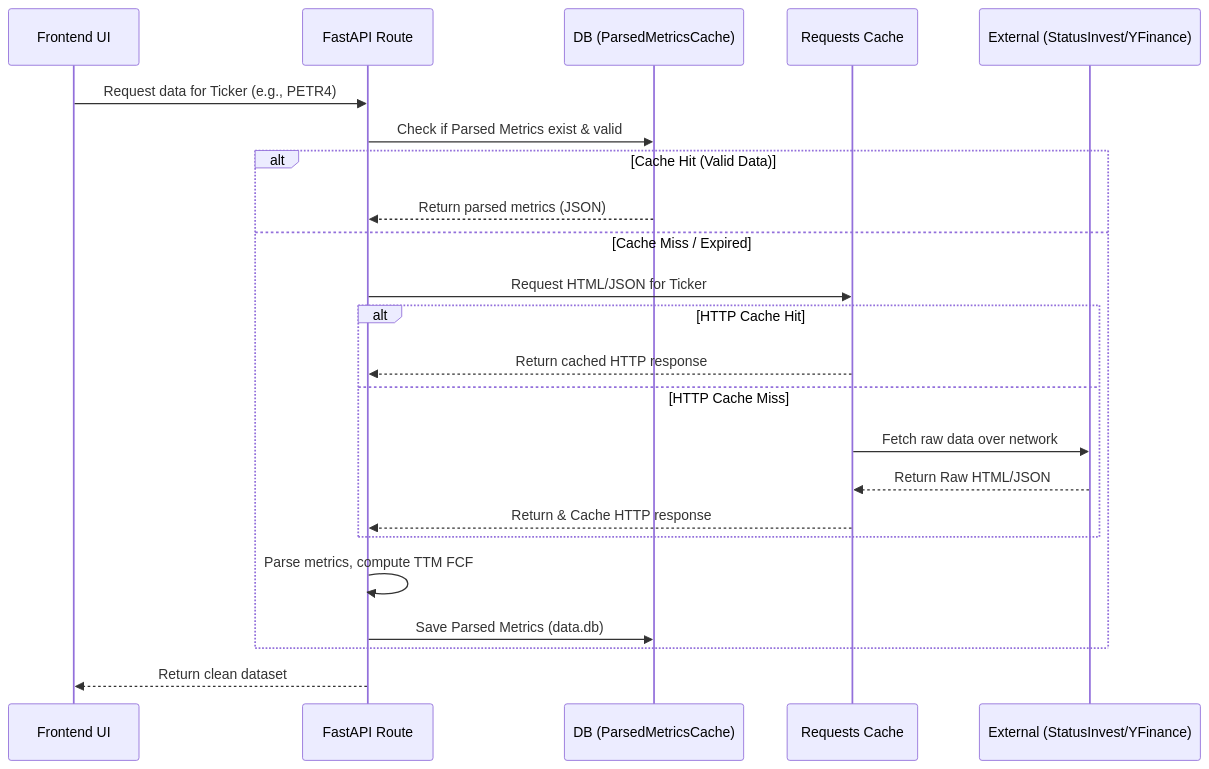
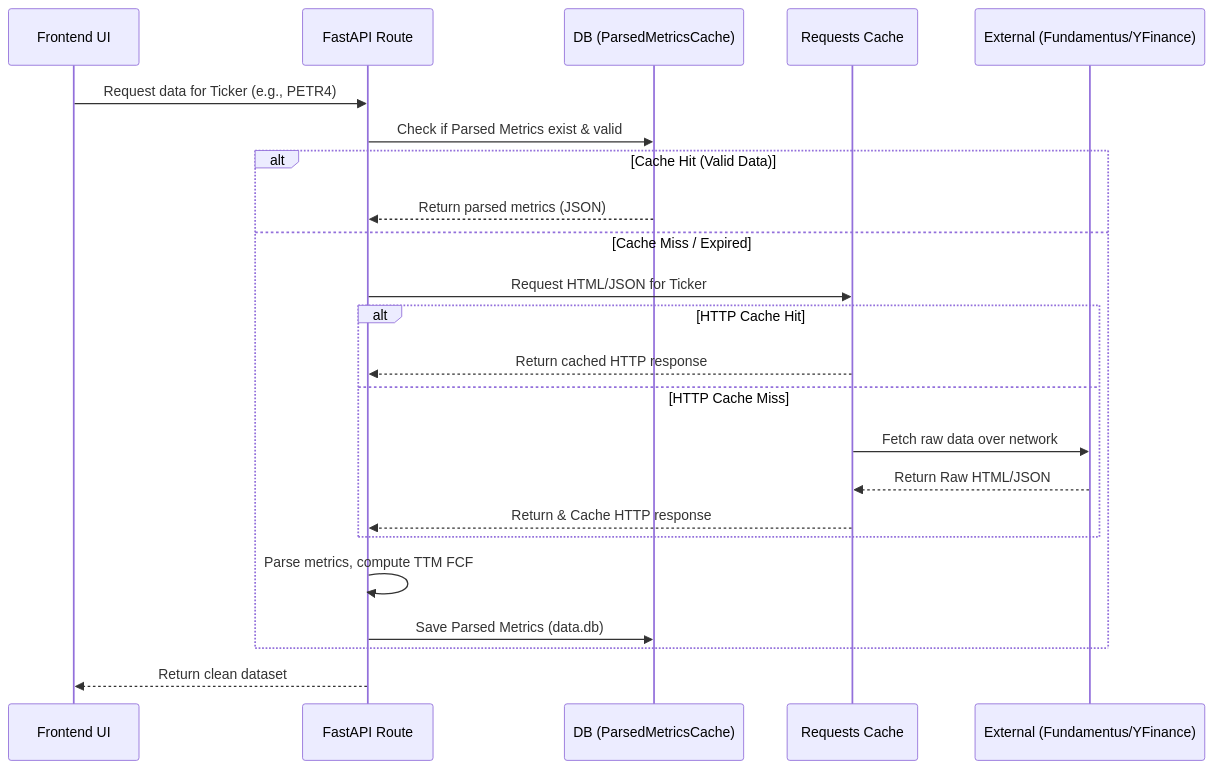
The second of 2 diagrams in README.md (gguillaux/intrinsic), drawn with Mermaid before and after one commit. The commit also changed other lines of this file and 20 other files, not shown here.

First line of the commit message:
feat(fiis): integrate Fundamentus provider (P/VP, FFO Yield, vacancy, liquidity), dividend CAGR, liquidity gate; drop StatusInvest

````diff
--- a/README.md
+++ b/README.md
@@ -84,26 +84,26 @@
 ```mermaid
 sequenceDiagram
     participant User as Frontend UI
     participant Backend as FastAPI Route
     participant Cache as DB (ParsedMetricsCache)
     participant ReqCache as Requests Cache
-    participant API as External (StatusInvest/YFinance)
+    participant API as External (Fundamentus/YFinance)
 
     User->>Backend: Request data for Ticker (e.g., PETR4)
     Backend->>Cache: Check if Parsed Metrics exist & valid
     alt Cache Hit (Valid Data)
         Cache-->>Backend: Return parsed metrics (JSON)
     else Cache Miss / Expired
         Backend->>ReqCache: Request HTML/JSON for Ticker
         alt HTTP Cache Hit
             ReqCache-->>Backend: Return cached HTTP response
         else HTTP Cache Miss
             ReqCache->>API: Fetch raw data over network
             API-->>ReqCache: Return Raw HTML/JSON
             ReqCache-->>Backend: Return & Cache HTTP response
         end
         Backend->>Backend: Parse metrics, compute TTM FCF
         Backend->>Cache: Save Parsed Metrics (data.db)
     end
     Backend-->>User: Return clean dataset
 ```
````
